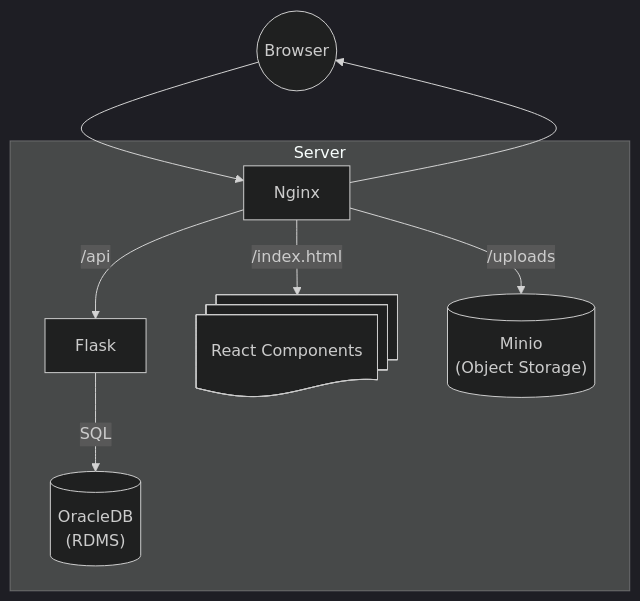
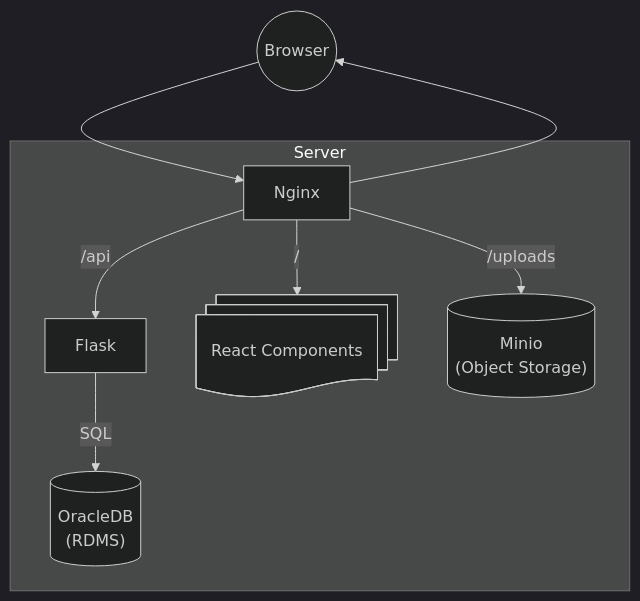
Before and after one commit to jdolak/sidequest: the diagram in docs/infra_design.md, drawn with Mermaid (dark theme).

````diff
--- a/docs/infra_design.md
+++ b/docs/infra_design.md
@@ -3,19 +3,19 @@
 ```mermaid
 graph TD;
 
 		Browser((Browser))
     subgraph Server
         Nginx
 				Flask
 				db@{ shape: cyl, label: "OracleDB\n(RDMS)" }
 				static@{ shape: docs, label: "React Components" }
         obj@{ shape: cyl, label: "Minio\n(Object Storage)" }
     end
 
     Browser --> Nginx
     Nginx --> Browser
     Nginx -->|/api| Flask
     Flask -->|SQL| db
-    Nginx -->|/index.html| static
+    Nginx -->|/| static
     Nginx -->|/uploads| obj
 ```
````
